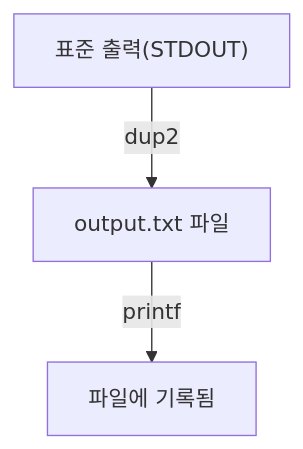
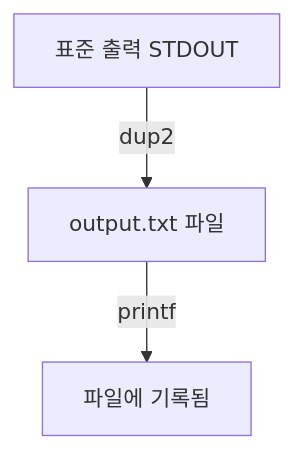
Before and after one commit to 42jerrykim/42jerrykim.github.io: the tenth of 15 diagrams in content/post/2024/2024-09-10-Shell-Redirection/index.md, drawn with Mermaid. The commit also changed other lines of this file and 239 other files, not shown here.

````diff
--- a/content/post/2024/2024-09-10-Shell-Redirection/index.md
+++ b/content/post/2024/2024-09-10-Shell-Redirection/index.md
@@ -640,5 +383,5 @@
 ```mermaid
-graph TD;
-    A["표준 출력(STDOUT)"] -->|dup2| B[output.txt 파일];
-    B -->|printf| C[파일에 기록됨];
+graph TD
+    StdOut["표준 출력 STDOUT"] -->|"dup2"| OutFile["output.txt 파일"]
+    OutFile -->|"printf"| Written["파일에 기록됨"]
 ```
````
